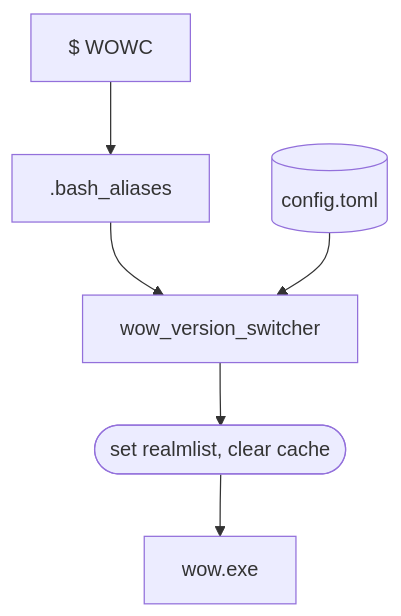
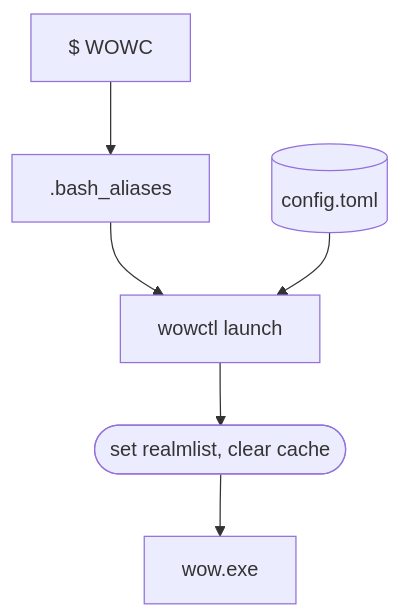
One commit to sogladev/wow-realm-switch-utility changed the first of 2 diagrams in README.md. Above: the diagram before and after it, drawn with Mermaid. The commit also changed other lines of this file and 11 other files, not shown here.

````diff
--- a/README.md
+++ b/README.md
@@ -4,8 +4,9 @@
 ```mermaid
 graph TD;
-    cmd-->.bash_aliases-->wow_version_switcher-->do_config-->wow.exe
-    config.toml-->wow_version_switcher
+    cmd-->.bash_aliases-->wowctl-->do_config-->wow.exe
+    config.toml-->wowctl
+    wowctl[wowctl launch]
     config.toml[(config.toml)]
     cmd[$ WOWC]
     do_config([set realmlist, clear cache])
 ```
````
